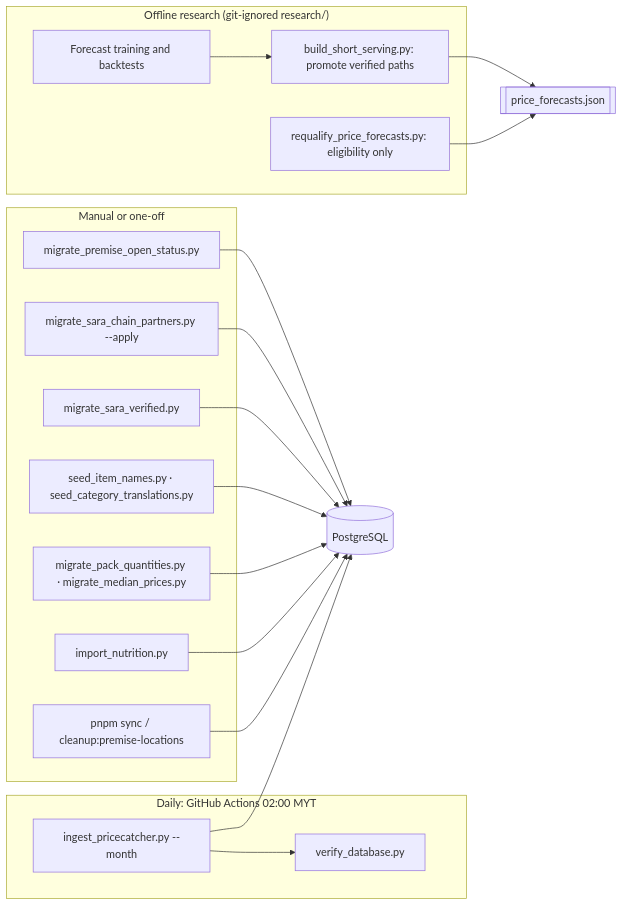
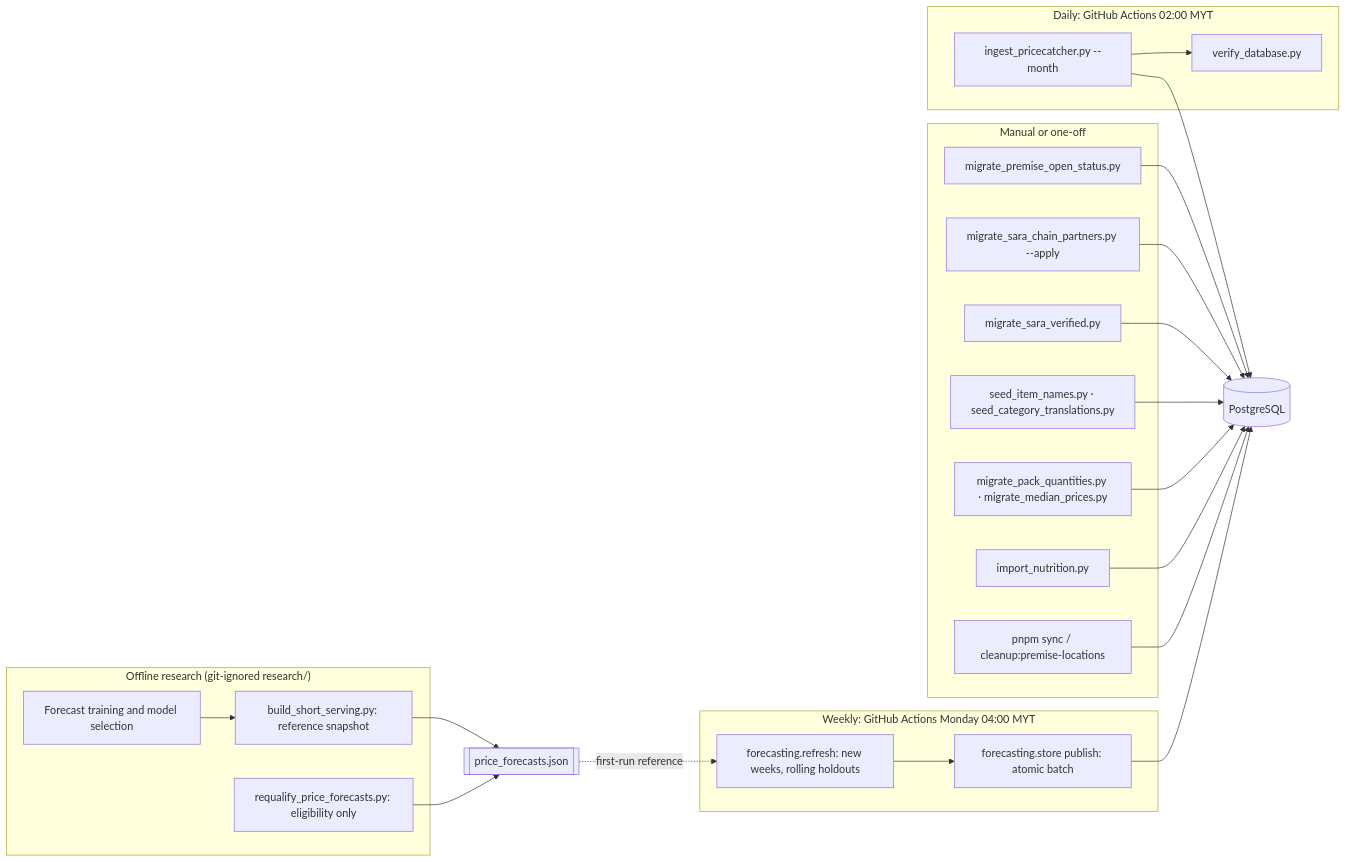
The diagram in docs/05-data/data-sources-and-pipelines.md (stak0015/SmartCart), drawn with Mermaid before and after one commit. The commit also changed other lines of this file and 14 other files, not shown here.

````diff
--- a/docs/05-data/data-sources-and-pipelines.md
+++ b/docs/05-data/data-sources-and-pipelines.md
@@ -19,23 +19,28 @@
 ```mermaid
 flowchart LR
     subgraph daily["Daily: GitHub Actions 02:00 MYT"]
         A[ingest_pricecatcher.py --month] --> B[verify_database.py]
     end
     subgraph manual["Manual or one-off"]
         C[migrate_premise_open_status.py]
         D[migrate_sara_chain_partners.py --apply]
         E[migrate_sara_verified.py]
         F[seed_item_names.py · seed_category_translations.py]
         G[migrate_pack_quantities.py · migrate_median_prices.py]
         H[import_nutrition.py]
         I[pnpm sync / cleanup:premise-locations]
     end
+    subgraph weekly["Weekly: GitHub Actions Monday 04:00 MYT"]
+        W[forecasting.refresh: new weeks, rolling holdouts] --> X[forecasting.store publish: atomic batch]
+    end
     subgraph offline["Offline research (git-ignored research/)"]
-        J[Forecast training and backtests] --> P[build_short_serving.py: promote verified paths]
+        J[Forecast training and model selection] --> P[build_short_serving.py: reference snapshot]
         K[requalify_price_forecasts.py: eligibility only]
     end
     A --> DB[(PostgreSQL)]
     C & D & E & F & G & H & I --> DB
+    X --> DB
     P --> SNAP[[price_forecasts.json]]
     K --> SNAP
+    SNAP -. first-run reference .-> W
 ```
````
